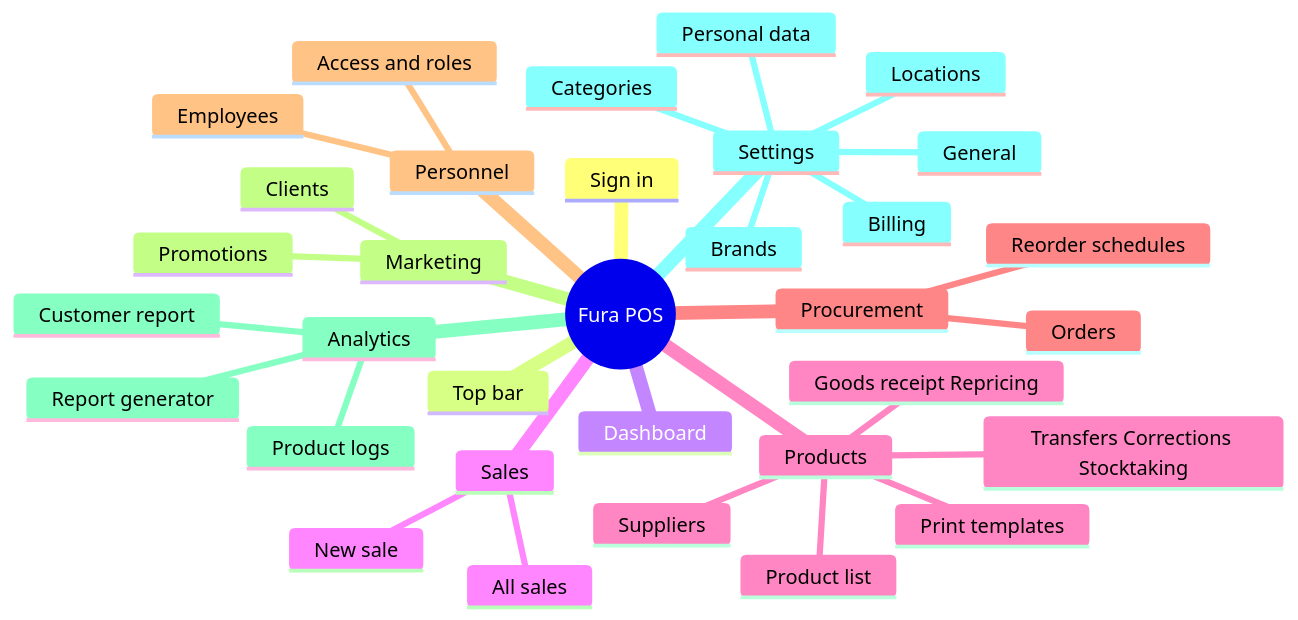
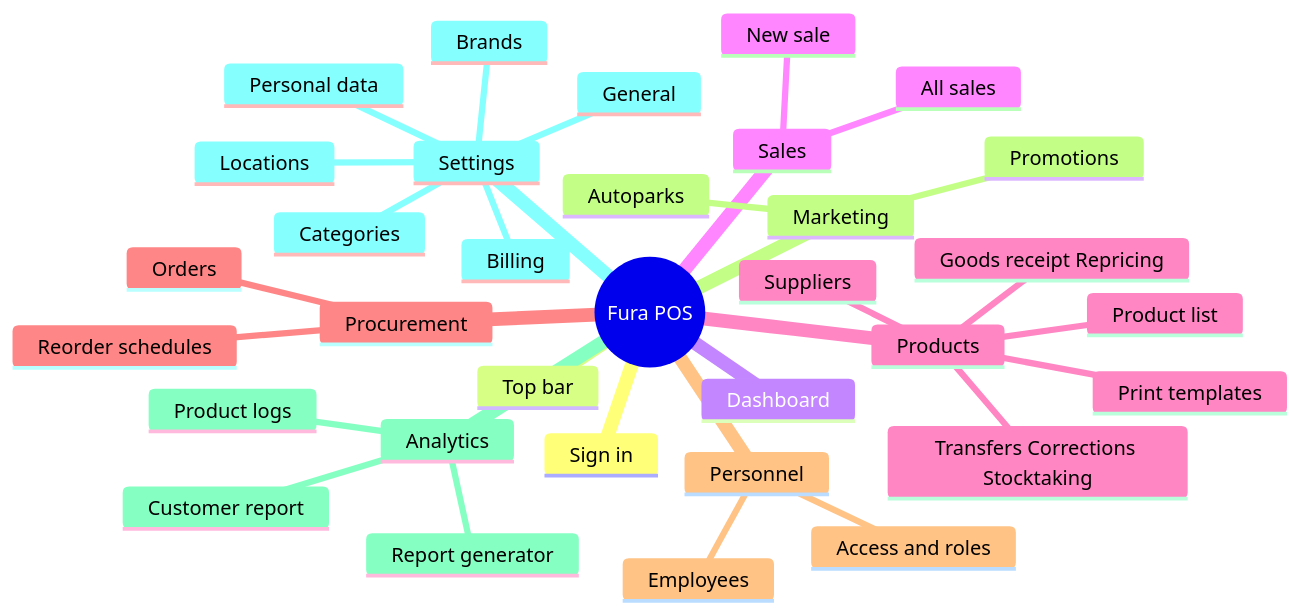
Before and after one commit to shokhaSheesh/FuraPOS: the diagram in docs/MIND-MAP.md, drawn with Mermaid. The commit also changed other lines of this file and 13 other files, not shown here.

First line of the commit message:
Add driver detail pages, and make Clients into Autoparks

````diff
--- a/docs/MIND-MAP.md
+++ b/docs/MIND-MAP.md
@@ -148,36 +149,36 @@
 ```mermaid
 mindmap
   root((Fura POS))
     Sign in
     Top bar
     Dashboard
     Sales
       New sale
       All sales
     Products
       Product list
       Transfers Corrections Stocktaking
       Goods receipt Repricing
       Print templates
       Suppliers
     Procurement
       Orders
       Reorder schedules
     Personnel
       Employees
       Access and roles
     Marketing
-      Clients
+      Autoparks
       Promotions
     Analytics
       Report generator
       Product logs
       Customer report
     Settings
       General
       Brands
       Locations
       Categories
       Billing
       Personal data
 ```
````
